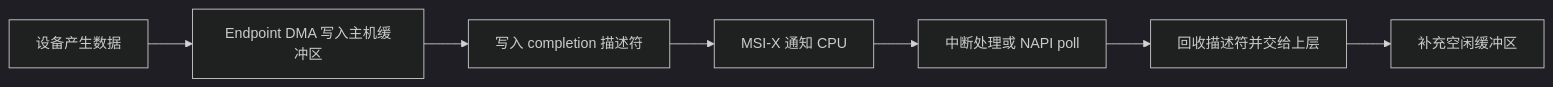
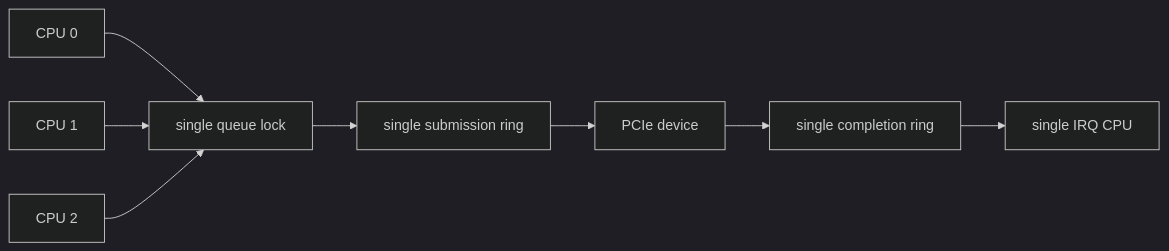
One commit to cdragon-ljl/EEandEdgeAI changed the first of 6 diagrams in docs/articles/pcie/pci-17-multiqueue-dma-msix-throughput.md. Above: the diagram before and after it, drawn with Mermaid (dark theme). The commit also changed other lines of this file and 4 other files, not shown here.

````diff
--- a/docs/articles/pcie/pci-17-multiqueue-dma-msix-throughput.md
+++ b/docs/articles/pcie/pci-17-multiqueue-dma-msix-throughput.md
@@ -22,9 +21,10 @@
 ```mermaid
 flowchart LR
-    A[设备产生数据] --> B[Endpoint DMA 写入主机缓冲区]
-    B --> C[写入 completion 描述符]
-    C --> D[MSI-X 通知 CPU]
-    D --> E[中断处理或 NAPI poll]
-    E --> F[回收描述符并交给上层]
-    F --> G[补充空闲缓冲区]
+    C0[CPU 0] --> LOCK[single queue lock]
+    C1[CPU 1] --> LOCK
+    C2[CPU 2] --> LOCK
+    LOCK --> SQ[single submission ring]
+    SQ --> DEV[PCIe device]
+    DEV --> CQ[single completion ring]
+    CQ --> IRQ[single IRQ CPU]
 ```
````
